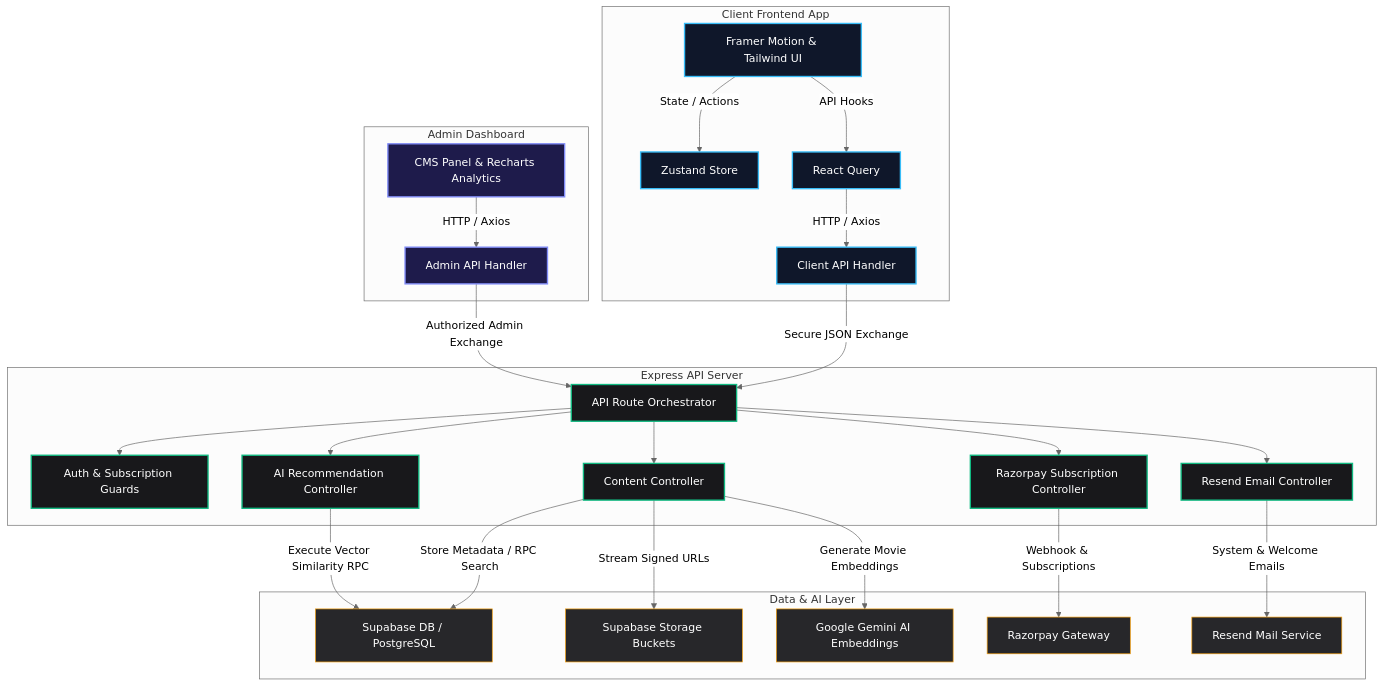
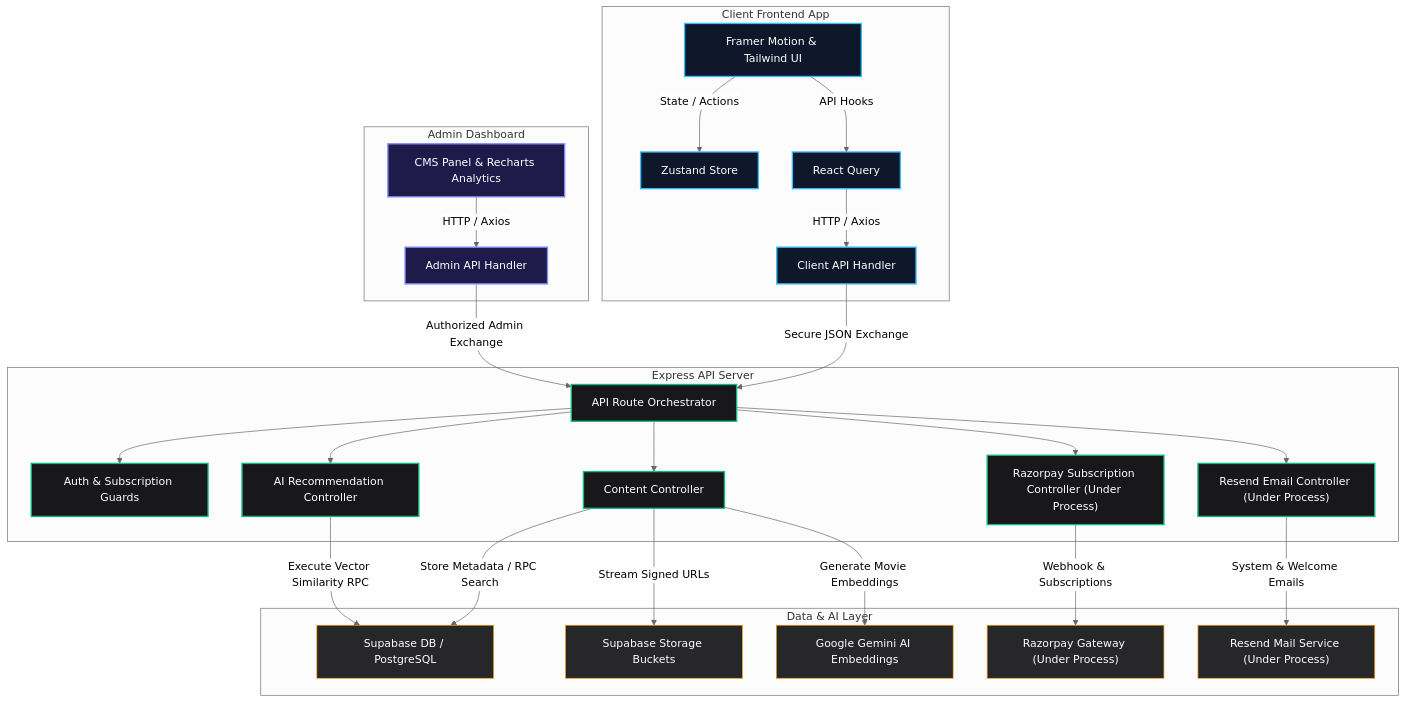
Before and after one commit to Durgaprasad-Developer/CINERA: the diagram in README.md, drawn with Mermaid (neutral theme). The commit also changed other lines of this file, not shown here.

````diff
--- a/README.md
+++ b/README.md
@@ -11,54 +11,54 @@
 ```mermaid
 graph TD
     %% Styling
     classDef clientStyle fill:#0f172a,stroke:#38bdf8,stroke-width:2px,color:#fff;
     classDef adminStyle fill:#1e1b4b,stroke:#818cf8,stroke-width:2px,color:#fff;
     classDef serverStyle fill:#18181b,stroke:#10b981,stroke-width:2px,color:#fff;
     classDef externalStyle fill:#27272a,stroke:#f59e0b,stroke-width:1px,color:#fff;
 
     subgraph ClientWorkspace [Client Frontend App]
         UI[Framer Motion & Tailwind UI] -->|State / Actions| Zustand[Zustand Store]
         UI -->|API Hooks| RQ[React Query]
         RQ -->|HTTP / Axios| APIClient[Client API Handler]
     end
 
     subgraph AdminWorkspace [Admin Dashboard]
         AdminUI[CMS Panel & Recharts Analytics] -->|HTTP / Axios| AdminAPIClient[Admin API Handler]
     end
 
     subgraph ServerWorkspace [Express API Server]
         Router[API Route Orchestrator] --> AuthMiddleware[Auth & Subscription Guards]
         Router --> ContentCtrl[Content Controller]
         Router --> RecommendCtrl[AI Recommendation Controller]
-        Router --> BillingCtrl[Razorpay Subscription Controller]
-        Router --> NotificationCtrl[Resend Email Controller]
+        Router --> BillingCtrl["Razorpay Subscription Controller (Under Process)"]
+        Router --> NotificationCtrl["Resend Email Controller (Under Process)"]
     end
 
     subgraph CoreServices [Data & AI Layer]
         SupabaseDB[Supabase DB / PostgreSQL]
         SupabaseStorage[Supabase Storage Buckets]
         GeminiAI[Google Gemini AI Embeddings]
-        Razorpay[Razorpay Gateway]
-        Resend[Resend Mail Service]
+        Razorpay["Razorpay Gateway (Under Process)"]
+        Resend["Resend Mail Service (Under Process)"]
     end
 
     %% Interactions
     APIClient -->|Secure JSON Exchange| Router
     AdminAPIClient -->|Authorized Admin Exchange| Router
     
     ContentCtrl -->|Store Metadata / RPC Search| SupabaseDB
     ContentCtrl -->|Stream Signed URLs| SupabaseStorage
     ContentCtrl -->|Generate Movie Embeddings| GeminiAI
     
     RecommendCtrl -->|Execute Vector Similarity RPC| SupabaseDB
     
     BillingCtrl -->|Webhook & Subscriptions| Razorpay
     
     NotificationCtrl -->|System & Welcome Emails| Resend
 
     %% Class Assigns
     class UI,Zustand,RQ,APIClient clientStyle;
     class AdminUI,AdminAPIClient adminStyle;
     class Router,AuthMiddleware,ContentCtrl,RecommendCtrl,BillingCtrl,NotificationCtrl serverStyle;
     class SupabaseDB,SupabaseStorage,GeminiAI,Razorpay,Resend externalStyle;
 ```
````
